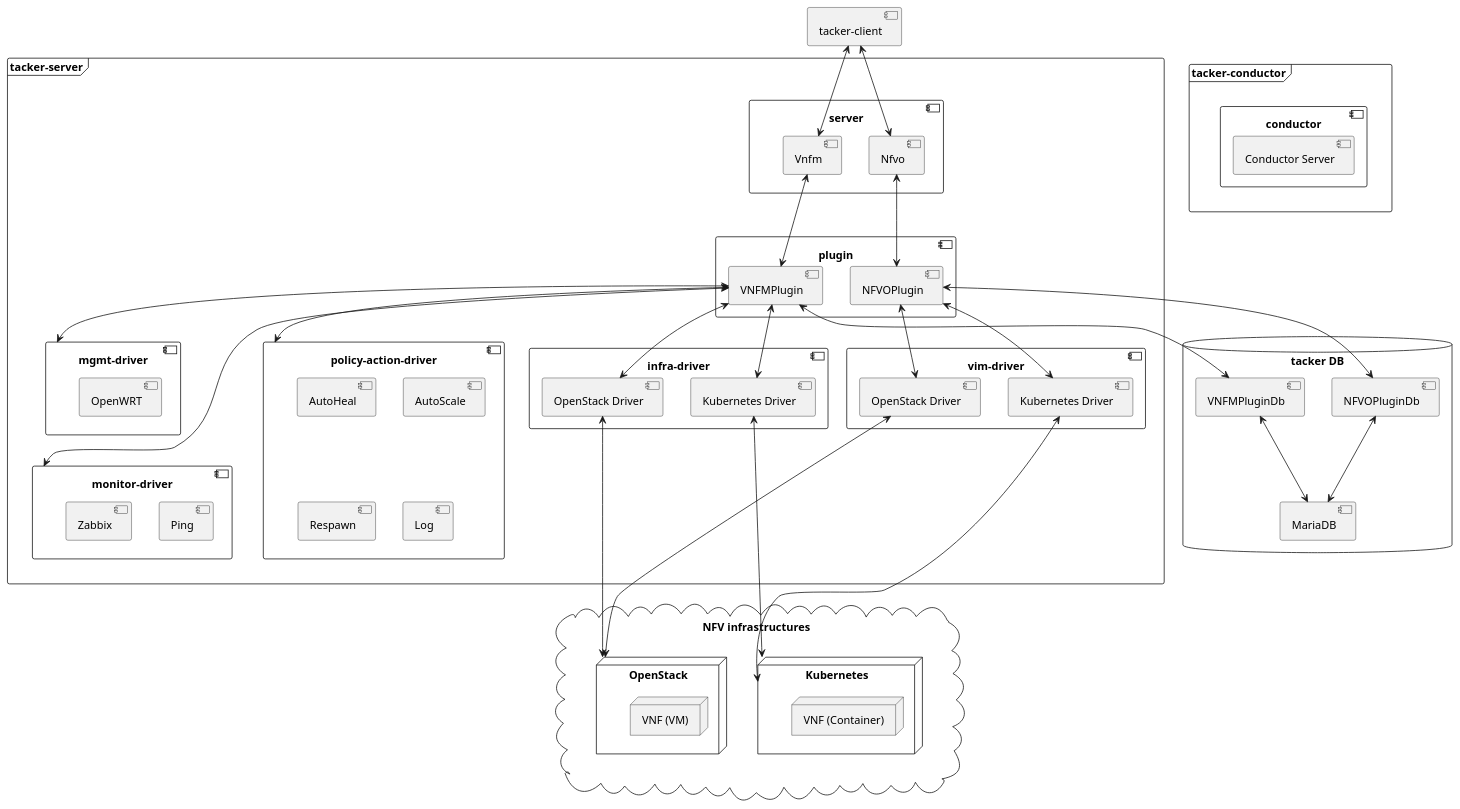
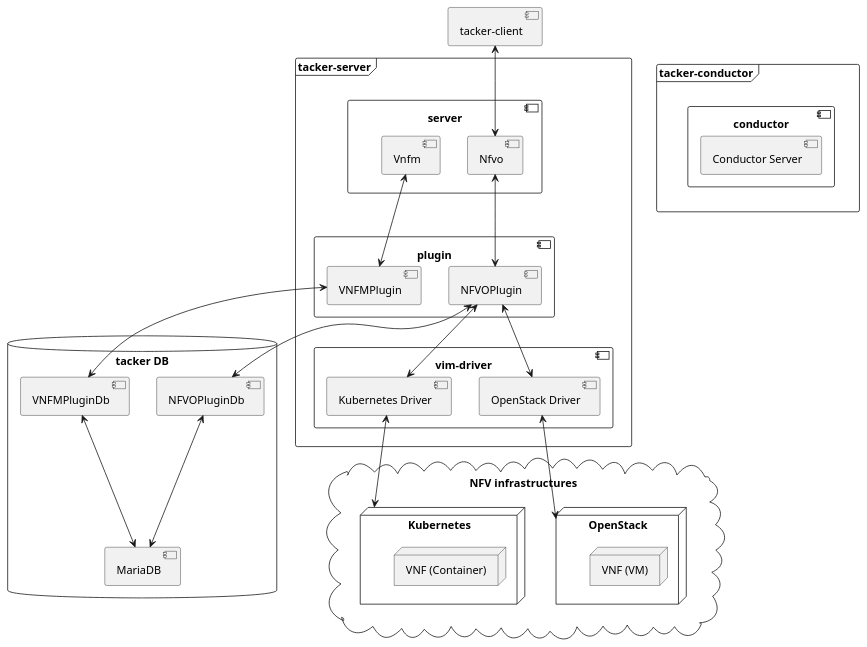
Before and after one commit to openstack/tacker: the diagram in doc/source/_images/tacker-design-legacy.pu, drawn with PlantUML. The commit also changed 396 other files, not shown here.

```diff
--- a/doc/source/_images/tacker-design-legacy.pu
+++ b/doc/source/_images/tacker-design-legacy.pu
@@ -1,103 +1,63 @@
 @startuml
 
 '# Components
 component "tacker-client" as client
 
 frame "tacker-server" {
     component server {
         component "Vnfm" as vnfm
         component "Nfvo" as nfvo
     }
     component plugin {
         component "VNFMPlugin" as vnfm_plugin
         component "NFVOPlugin" as nfvo_plugin
         'cond <-down-> vnfm_plugin
     }
-    component "mgmt-driver" as mgmt {
-        'component Noop as noop
-        component OpenWRT as wrt
-    }
-    component "monitor-driver" as monitor {
-        component Ping as ping
-        component Zabbix as zabbix
-    }
-    component "infra-driver" as infra {
-        component "OpenStack Driver" as os_driver
-        component "Kubernetes Driver" as ks_driver
-    }
     component "vim-driver" as vim {
         component "OpenStack Driver" as os_vim
         component "Kubernetes Driver" as ks_vim
-    }
-    component "policy-action-driver" as policy {
-        component "AutoHeal" as autoheal
-        component "AutoScale" as autoscale
-        component "Respawn" as respawn
-        component "Log" as log
     }
 }
 
 frame "tacker-conductor" as cond {
     component conductor {
         component "Conductor Server"
     }
 }
 
 database "tacker DB" as db {
     component "NFVOPluginDb" as db_nfvo
     component "VNFMPluginDb" as db_vnfm
     component "MariaDB" as maria
     db_nfvo <-down-> maria
     db_vnfm <-down-> maria
 }
 
 cloud "NFV infrastructures" as nfv_infra {
     node "OpenStack" as os {
         node "VNF (VM)" as vm
     }
     node "Kubernetes" as ks {
         node "VNF (Container)" as container
     }
     'vm -[hidden]up- ks
 }
 
 '# Relationships
-client <-down-> vnfm
 client <-down-> nfvo
 
 vnfm <-down-> vnfm_plugin
 nfvo <-down-> nfvo_plugin
 
 vnfm_plugin <-down-> db_vnfm
 nfvo_plugin <-down-> db_nfvo
 
-vnfm_plugin <-down-> os_driver
-vnfm_plugin <-down-> ks_driver
-
-vnfm_plugin <-down-> policy
-vnfm_plugin <-down-> mgmt
-vnfm_plugin <-down-> monitor
-/'
-vnfm_plugin <-down-> autoheal
-vnfm_plugin <-down-> autoscale
-vnfm_plugin <-down-> respawn
-vnfm_plugin <-down-> log
-vnfm_plugin <-down-> wrt
-vnfm_plugin <-down-> ping
-vnfm_plugin <-down-> zabbix
-'/
-
 nfvo_plugin <-down-> os_vim
 nfvo_plugin <-down-> ks_vim
-
-os_driver <-down-> os
-ks_driver <-down-> ks
 
 os_vim <-down-> os
 ks_vim <-down-> ks
 
 cond <-[hidden]left-> server
-mgmt <-[hidden]down-> monitor
-monitor <-[hidden]down-> nfv_infra
 
 @enduml
```
